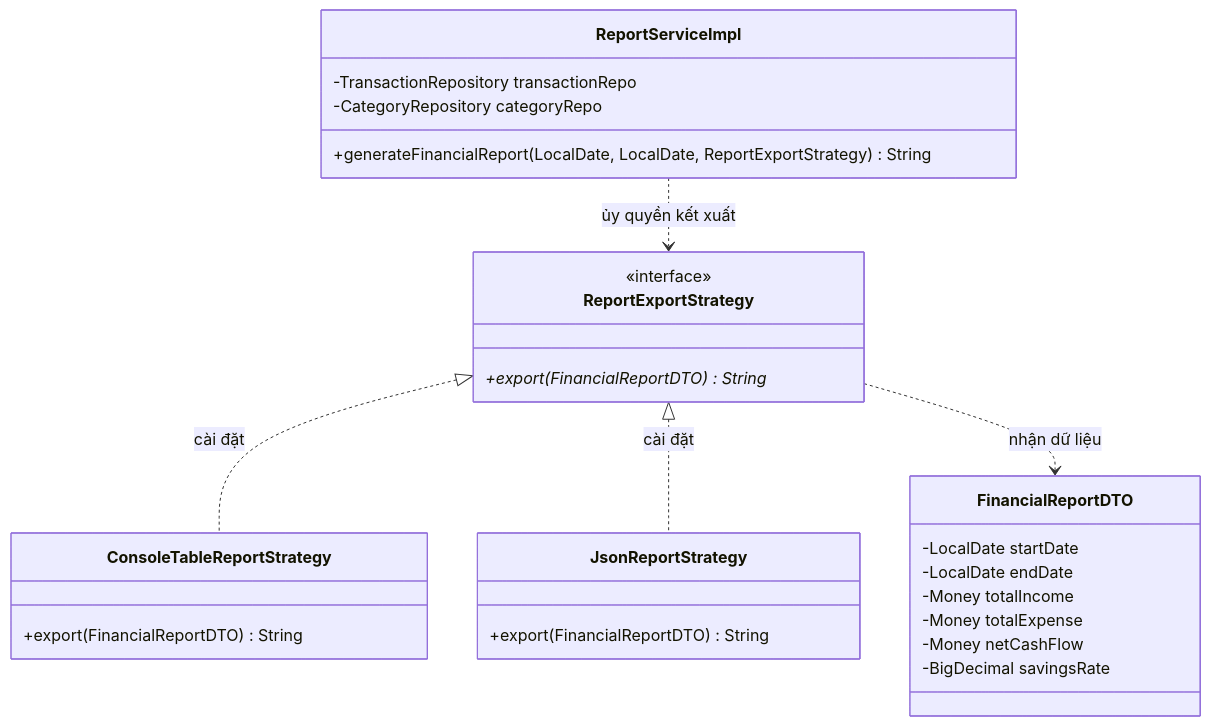
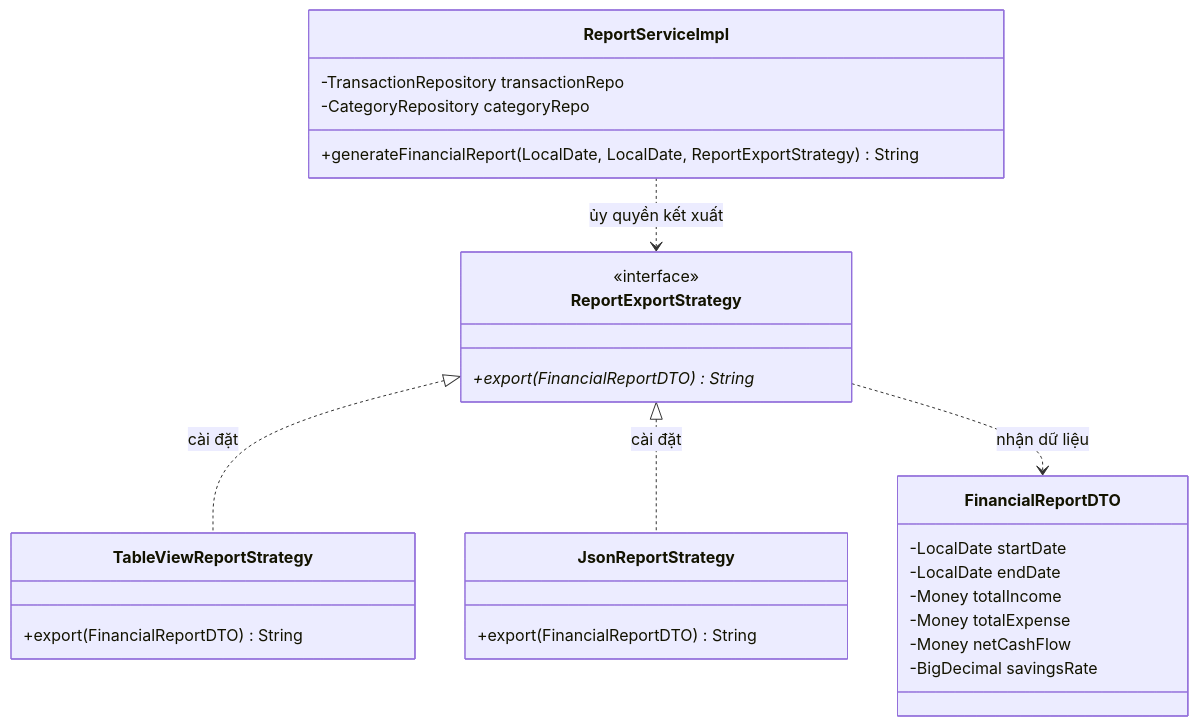
One commit to mynhleeh/pfms-oop changed the second of 4 diagrams in docs/object-oriented-design/06-ap-dung-nguyen-ly-solid-va-thiet-ke-mau-gof.md. Above: the diagram before and after it, drawn with Mermaid. The commit also changed other lines of this file and 9 other files, not shown here.

````diff
--- a/docs/object-oriented-design/06-ap-dung-nguyen-ly-solid-va-thiet-ke-mau-gof.md
+++ b/docs/object-oriented-design/06-ap-dung-nguyen-ly-solid-va-thiet-ke-mau-gof.md
@@ -136,37 +136,37 @@
 ```mermaid
 classDiagram
     direction TB
 
     class ReportServiceImpl {
         -TransactionRepository transactionRepo
         -CategoryRepository categoryRepo
         +generateFinancialReport(LocalDate, LocalDate, ReportExportStrategy) String
     }
 
     class ReportExportStrategy {
         <<interface>>
         +export(FinancialReportDTO) String*
     }
 
-    class ConsoleTableReportStrategy {
+    class TableViewReportStrategy {
         +export(FinancialReportDTO) String
     }
 
     class JsonReportStrategy {
         +export(FinancialReportDTO) String
     }
 
     class FinancialReportDTO {
         -LocalDate startDate
         -LocalDate endDate
         -Money totalIncome
         -Money totalExpense
         -Money netCashFlow
         -BigDecimal savingsRate
     }
 
     ReportServiceImpl ..> ReportExportStrategy : ủy quyền kết xuất
-    ReportExportStrategy <|.. ConsoleTableReportStrategy : cài đặt
+    ReportExportStrategy <|.. TableViewReportStrategy : cài đặt
     ReportExportStrategy <|.. JsonReportStrategy : cài đặt
     ReportExportStrategy ..> FinancialReportDTO : nhận dữ liệu
 ```
````
